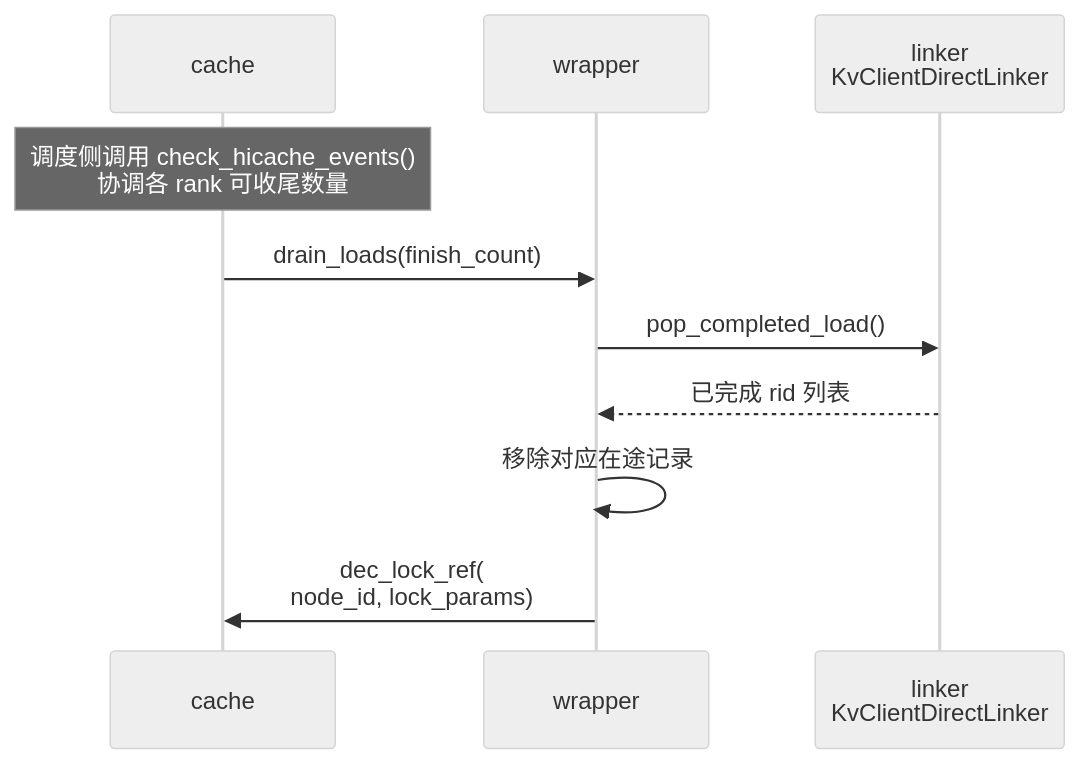
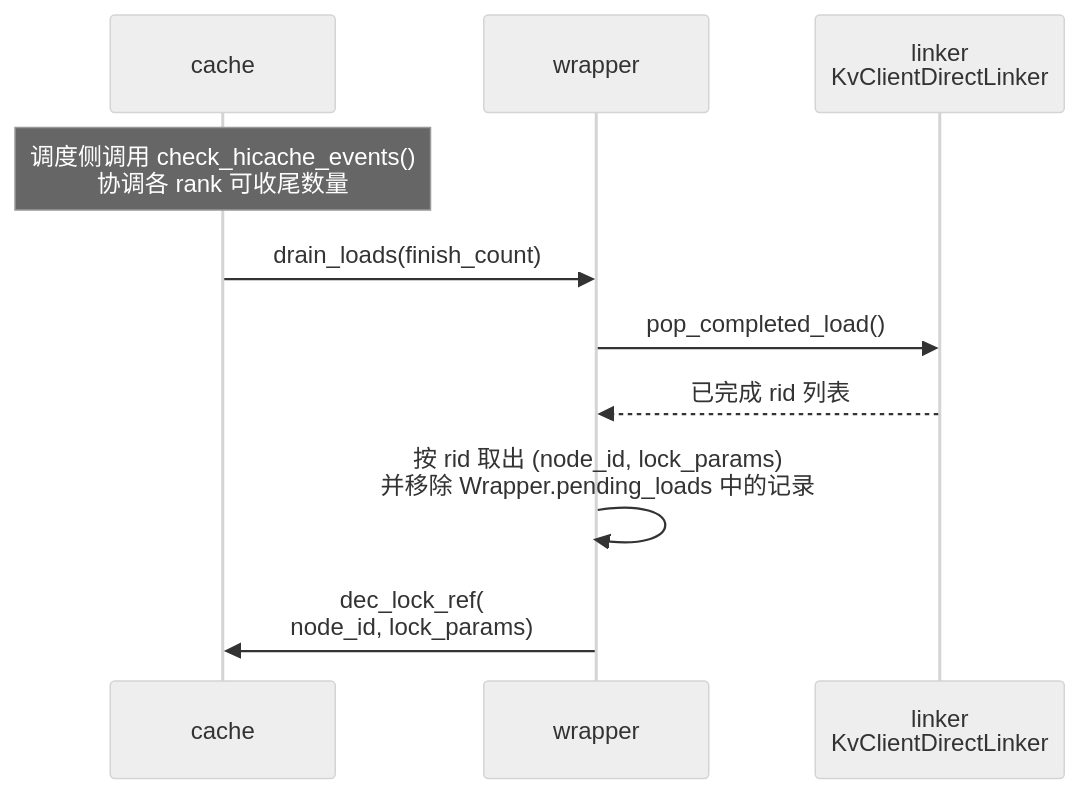
Diagram 19 of 26 in kv_client_linker_backend_design.md (yuanzhg078/sglang), drawn with Mermaid (neutral theme) before and after one commit. The commit also changed other lines of this file and 11 other files, not shown here.

````diff
--- a/kv_client_linker_backend_design.md
+++ b/kv_client_linker_backend_design.md
@@ -1084,12 +1124,12 @@
 ```mermaid
 sequenceDiagram
     participant C as cache
     participant W as wrapper
     participant B as linker<br/>KvClientDirectLinker
     Note over C: 调度侧调用 check_hicache_events()<br/>协调各 rank 可收尾数量
     C->>W: drain_loads(finish_count)
     W->>B: pop_completed_load()
     B-->>W: 已完成 rid 列表
-    W->>W: 移除对应在途记录
+    W->>W: 按 rid 取出 (node_id, lock_params)<br/>并移除 Wrapper.pending_loads 中的记录
     W->>C: dec_lock_ref(<br/>node_id, lock_params)
 ```
````
